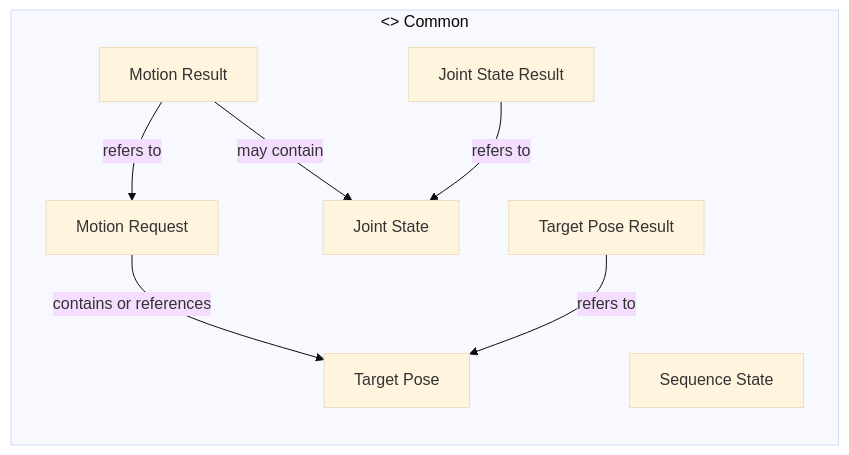
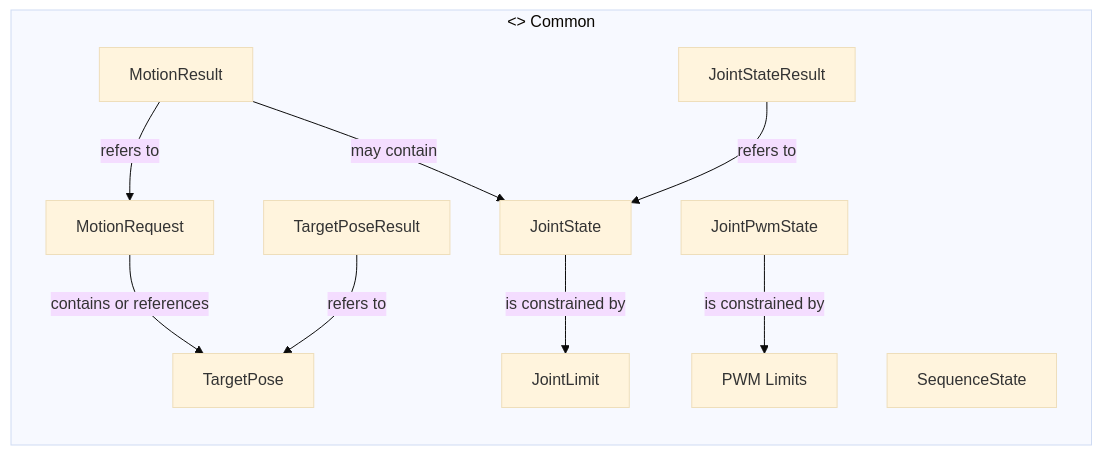
The sixth of 7 diagrams in doc/projektbeschreibung.md (butz1999/inverse_kinematik), drawn with Mermaid (base theme) before and after one commit. The commit also changed other lines of this file, not shown here.

Commit message:
Doku Konsistenzprüfung Architekturdiagramme

````diff
--- a/doc/projektbeschreibung.md
+++ b/doc/projektbeschreibung.md
@@ -544,18 +559,23 @@
 ```mermaid
 flowchart LR
     subgraph COM["<<component>> Common"]
-        E1[Target Pose]
-        E2[Motion Request]
-        E3[Joint State]
-        E4[Motion Result]
-        E5[Sequence State]
-        E6[Target Pose Result]
-        E7[Joint State Result]
+        E1[TargetPose]
+        E2[MotionRequest]
+        E3[JointState]
+        E4[MotionResult]
+        E5[SequenceState]
+        E6[TargetPoseResult]
+        E7[JointStateResult]
+        E8[JointPwmState]
+        E9[JointLimit]
+        E10[PWM Limits]
 
         E2 -->|contains or references| E1
         E4 -->|refers to| E2
         E4 -->|may contain| E3
         E6 -->|refers to| E1
         E7 -->|refers to| E3
+        E3 -->|is constrained by| E9
+        E8 -->|is constrained by| E10
     end
 ```
````
